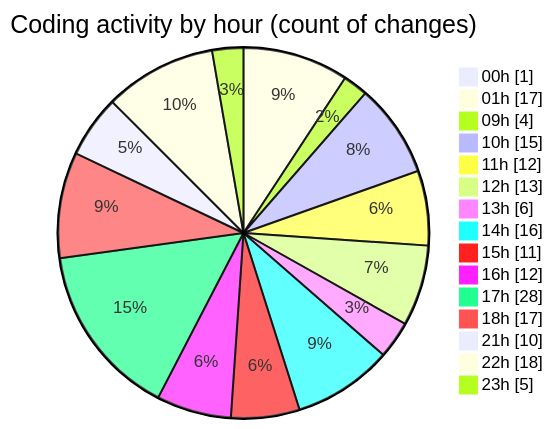
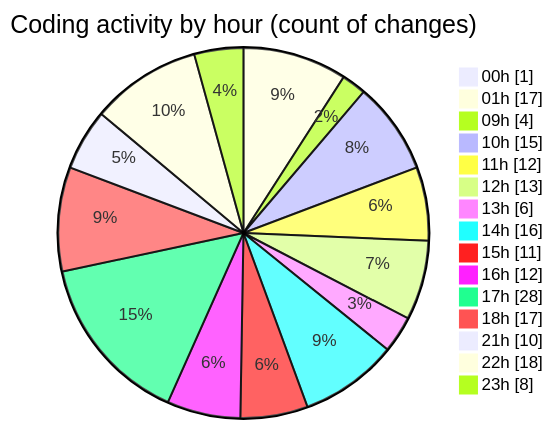
The second of 2 diagrams in 2025-11-01/cdp_aleoudev_fr__workspace_/README.md (julien-gomy/code-tracking), drawn with Mermaid before and after one commit. The commit also changed other lines of this file and 1 other file, not shown here.

````diff
--- a/2025-11-01/cdp_aleoudev_fr__workspace_/README.md
+++ b/2025-11-01/cdp_aleoudev_fr__workspace_/README.md
@@ -52,19 +52,19 @@
 ```mermaid
 pie showData
 title Coding activity by hour (count of changes)
 "00h" : 1
 "01h" : 17
 "09h" : 4
 "10h" : 15
 "11h" : 12
 "12h" : 13
 "13h" : 6
 "14h" : 16
 "15h" : 11
 "16h" : 12
 "17h" : 28
 "18h" : 17
 "21h" : 10
 "22h" : 18
-"23h" : 5
+"23h" : 8
 ```
````
